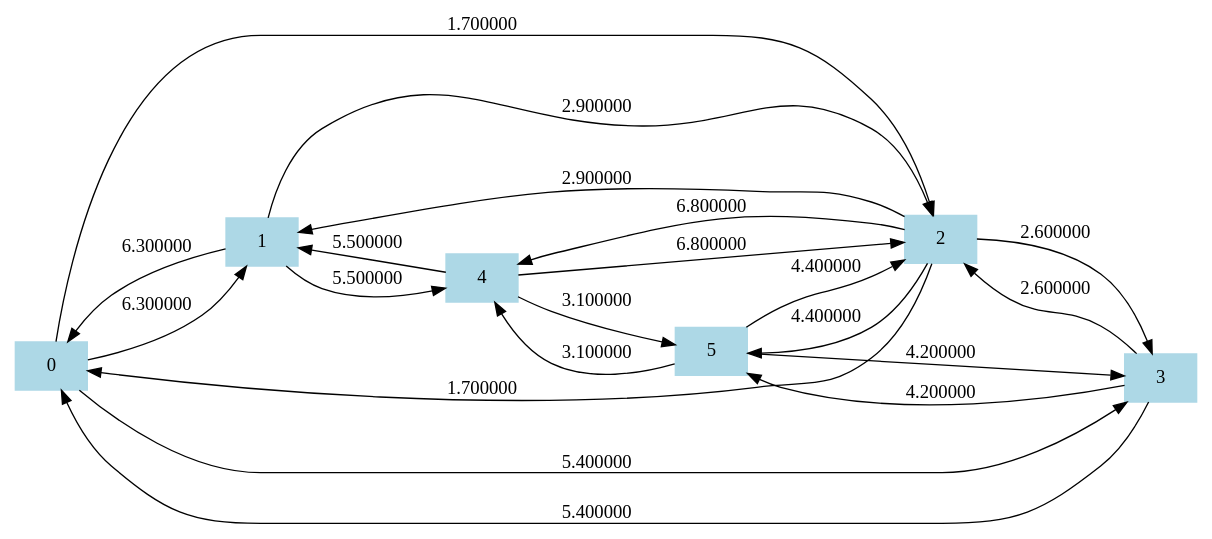
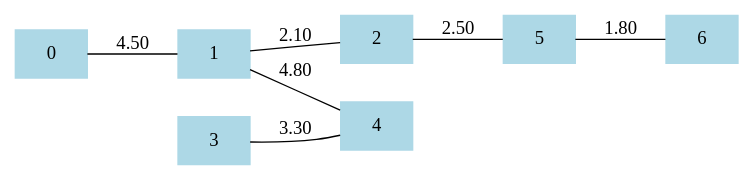
Before and after one commit to piotogomes/SI: the diagram in AED/AED_2/EPs/grafo.dot, drawn with Graphviz. The commit also changed 8 other files, not shown here.

```diff
--- a/AED/AED_2/EPs/grafo.dot
+++ b/AED/AED_2/EPs/grafo.dot
@@ -1,23 +1,15 @@
-digraph G { rankdir=LR; node [shape=rect, style=filled, color=lightblue];
+strict graph G { rankdir=LR; node [shape=rect, style=filled, color=lightblue];
 
-0 -> 1 [label=6.300000];
-0 -> 2 [label=1.700000];
-0 -> 3 [label=5.400000];
-1 -> 0 [label=6.300000];
-1 -> 2 [label=2.900000];
-1 -> 4 [label=5.500000];
-2 -> 0 [label=1.700000];
-2 -> 1 [label=2.900000];
-2 -> 3 [label=2.600000];
-2 -> 4 [label=6.800000];
-2 -> 5 [label=4.400000];
-3 -> 0 [label=5.400000];
-3 -> 2 [label=2.600000];
-3 -> 5 [label=4.200000];
-4 -> 1 [label=5.500000];
-4 -> 2 [label=6.800000];
-4 -> 5 [label=3.100000];
-5 -> 2 [label=4.400000];
-5 -> 3 [label=4.200000];
-5 -> 4 [label=3.100000];
+0 -- 1 [label=4.50];
+1 -- 0 [label=4.50];
+1 -- 2 [label=2.10];
+1 -- 4 [label=4.80];
+2 -- 1 [label=2.10];
+2 -- 5 [label=2.50];
+3 -- 4 [label=3.30];
+4 -- 1 [label=4.80];
+4 -- 3 [label=3.30];
+5 -- 2 [label=2.50];
+5 -- 6 [label=1.80];
+6 -- 5 [label=1.80];
 }
```
